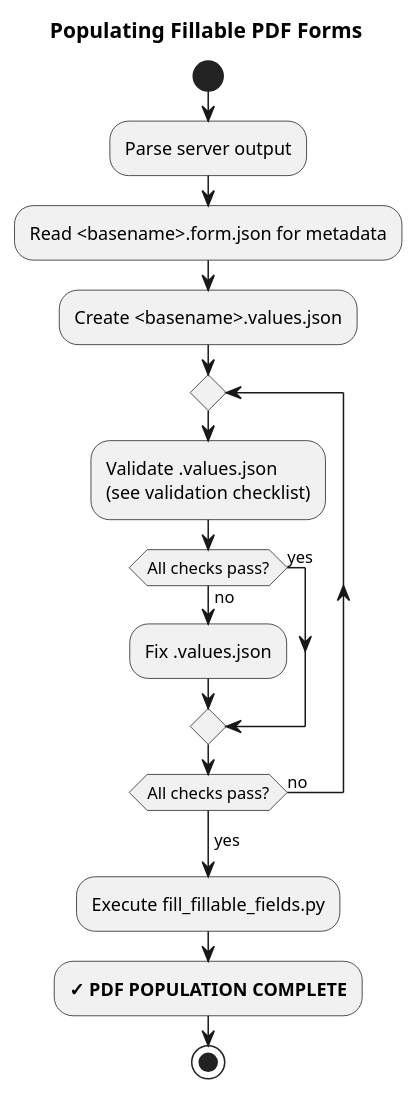
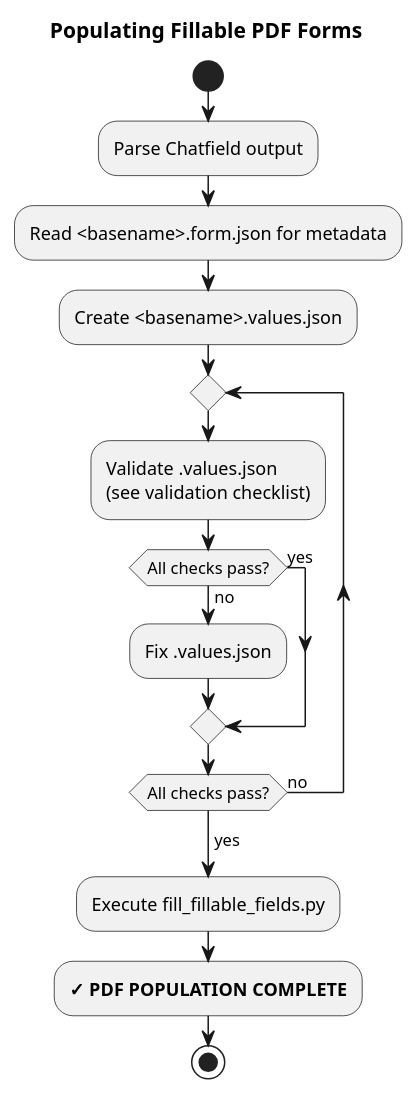
One commit to jhs/Chatfield changed the diagram in Claude/filling-pdf-forms/skills/filling-pdf-forms/references/populating-fillable.md. Above: the diagram before and after it, drawn with PlantUML. The commit also changed other lines of this file and 6 other files, not shown here.

````diff
--- a/Claude/filling-pdf-forms/skills/filling-pdf-forms/references/populating-fillable.md
+++ b/Claude/filling-pdf-forms/skills/filling-pdf-forms/references/populating-fillable.md
@@ -9,21 +9,21 @@
 ```plantuml
 @startuml populating-fillable
 title Populating Fillable PDF Forms
 start
-:Parse server output;
+:Parse Chatfield output;
 :Read <basename>.form.json for metadata;
 :Create <basename>.values.json;
 repeat
   :Validate .values.json
   (see validation checklist);
   if (All checks pass?) then (yes)
   else (no)
     :Fix .values.json;
   endif
 repeat while (All checks pass?) is (no)
 ->yes;
 :Execute fill_fillable_fields.py;
 :**✓ PDF POPULATION COMPLETE**;
 stop
 @enduml
 ```
````
